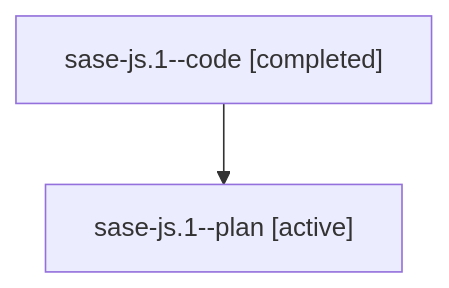
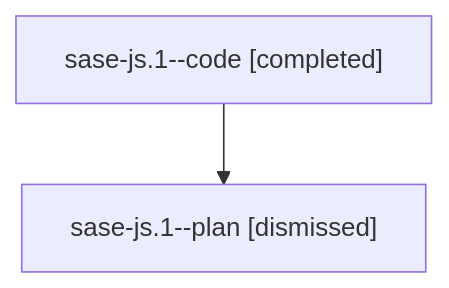
The diagram in sessions/bbugyi200.athena.sase-js.1.md (sase-org/sase--agents), drawn with Mermaid before and after one commit. The commit also changed other lines of this file and 112 other files, not shown here.

````diff
--- a/sessions/bbugyi200.athena.sase-js.1.md
+++ b/sessions/bbugyi200.athena.sase-js.1.md
@@ -9,6 +9,6 @@
 ```mermaid
 flowchart TD
   n0["sase-js.1--code [completed]"]
-  n1["sase-js.1--plan [active]"]
+  n1["sase-js.1--plan [dismissed]"]
   n0 --> n1
 ```
````
